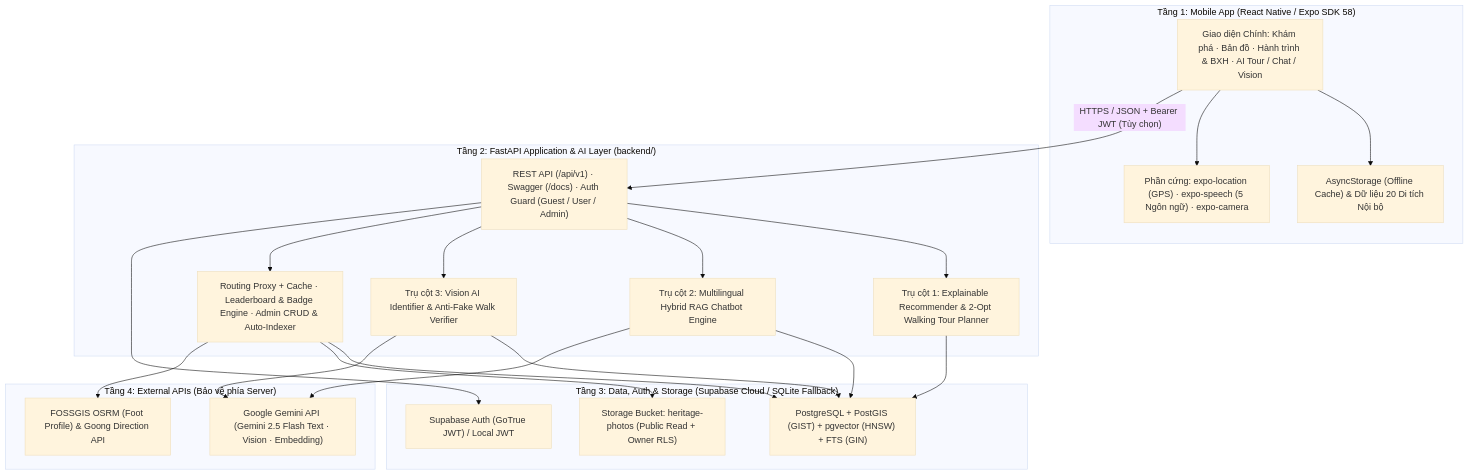
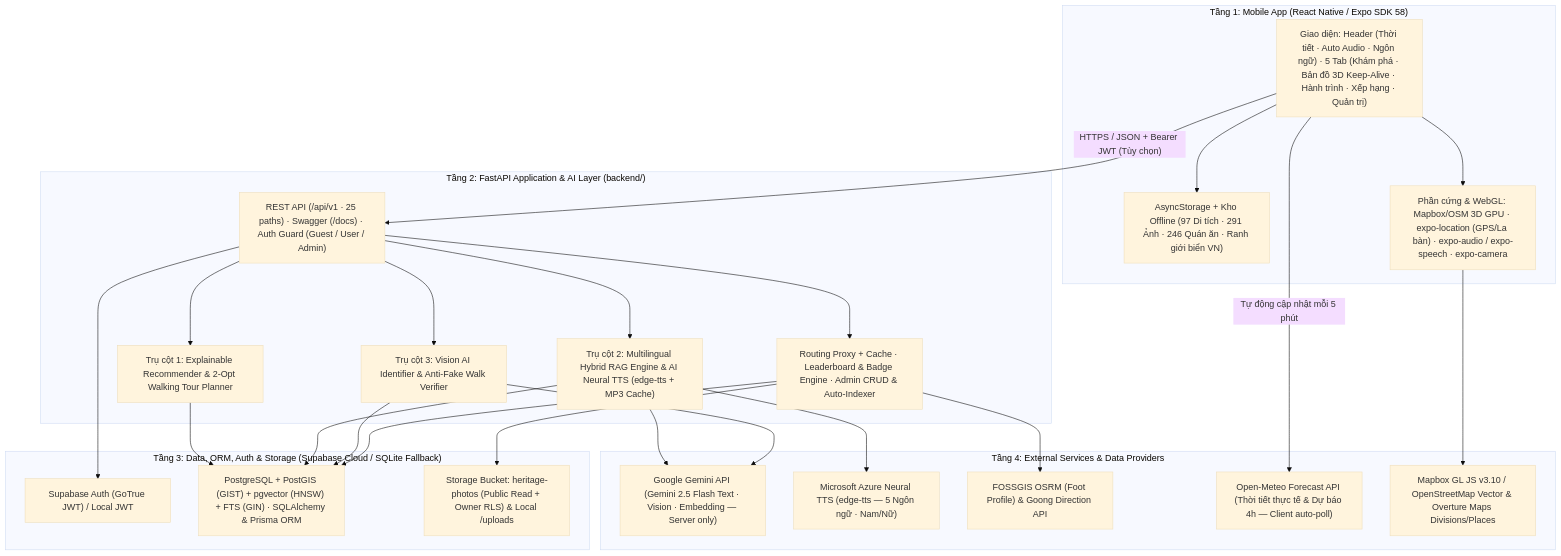
One commit to MinhPhatVilla/smart-heritage-guide changed the diagram in docs/architecture.md. Above: the diagram before and after it, drawn with Mermaid (base theme). The commit also changed other lines of this file and 5 other files, not shown here.

Commit message:
docs: sync all 6 markdown docs with latest 97-site, 3D WebGL map, Neural TTS, Weather, Prisma & Admin features

````diff
--- a/docs/architecture.md
+++ b/docs/architecture.md
@@ -25,47 +27,53 @@
 ```mermaid
 flowchart TD
     subgraph Client["Tầng 1: Mobile App (React Native / Expo SDK 58)"]
-        M_UI["Giao diện Chính: Khám phá · Bản đồ · Hành trình & BXH · AI Tour / Chat / Vision"]
-        M_Offline["AsyncStorage (Offline Cache) & Dữ liệu 20 Di tích Nội bộ"]
-        M_Hardware["Phần cứng: expo-location (GPS) · expo-speech (5 Ngôn ngữ) · expo-camera"]
+        M_UI["Giao diện: Header (Thời tiết · Auto Audio · Ngôn ngữ) · 5 Tab (Khám phá · Bản đồ 3D Keep-Alive · Hành trình · Xếp hạng · Quản trị)"]
+        M_Offline["AsyncStorage + Kho Offline (97 Di tích · 291 Ảnh · 246 Quán ăn · Ranh giới biển VN)"]
+        M_Hardware["Phần cứng & WebGL: Mapbox/OSM 3D GPU · expo-location (GPS/La bàn) · expo-audio / expo-speech · expo-camera"]
     end
 
     subgraph Backend["Tầng 2: FastAPI Application & AI Layer (backend/)"]
-        B_Gateway["REST API (/api/v1) · Swagger (/docs) · Auth Guard (Guest / User / Admin)"]
+        B_Gateway["REST API (/api/v1 · 25 paths) · Swagger (/docs) · Auth Guard (Guest / User / Admin)"]
         B_Pillar1["Trụ cột 1: Explainable Recommender & 2-Opt Walking Tour Planner"]
-        B_Pillar2["Trụ cột 2: Multilingual Hybrid RAG Chatbot Engine"]
+        B_Pillar2["Trụ cột 2: Multilingual Hybrid RAG Engine & AI Neural TTS (edge-tts + MP3 Cache)"]
         B_Pillar3["Trụ cột 3: Vision AI Identifier & Anti-Fake Walk Verifier"]
         B_Support["Routing Proxy + Cache · Leaderboard & Badge Engine · Admin CRUD & Auto-Indexer"]
     end
 
-    subgraph CloudDB["Tầng 3: Data, Auth & Storage (Supabase Cloud / SQLite Fallback)"]
+    subgraph CloudDB["Tầng 3: Data, ORM, Auth & Storage (Supabase Cloud / SQLite Fallback)"]
         S_Auth["Supabase Auth (GoTrue JWT) / Local JWT"]
-        S_DB["PostgreSQL + PostGIS (GIST) + pgvector (HNSW) + FTS (GIN)"]
-        S_Storage["Storage Bucket: heritage-photos (Public Read + Owner RLS)"]
+        S_DB["PostgreSQL + PostGIS (GIST) + pgvector (HNSW) + FTS (GIN) · SQLAlchemy & Prisma ORM"]
+        S_Storage["Storage Bucket: heritage-photos (Public Read + Owner RLS) & Local /uploads"]
     end
 
-    subgraph External["Tầng 4: External APIs (Bảo vệ phía Server)"]
-        E_Gemini["Google Gemini API (Gemini 2.5 Flash Text · Vision · Embedding)"]
+    subgraph External["Tầng 4: External Services & Data Providers"]
+        E_Gemini["Google Gemini API (Gemini 2.5 Flash Text · Vision · Embedding — Server only)"]
+        E_TTS["Microsoft Azure Neural TTS (edge-tts — 5 Ngôn ngữ · Nam/Nữ)"]
         E_Routing["FOSSGIS OSRM (Foot Profile) & Goong Direction API"]
+        E_Weather["Open-Meteo Forecast API (Thời tiết thực tế & Dự báo 4h — Client auto-poll)"]
+        E_Map["Mapbox GL JS v3.10 / OpenStreetMap Vector & Overture Maps Divisions/Places"]
     end
 
     M_UI --> M_Offline
     M_UI --> M_Hardware
     M_UI -->|"HTTPS / JSON + Bearer JWT (Tùy chọn)"| B_Gateway
+    M_UI -->|"Tự động cập nhật mỗi 5 phút"| E_Weather
+    M_Hardware --> E_Map
 
     B_Gateway --> B_Pillar1
     B_Gateway --> B_Pillar2
     B_Gateway --> B_Pillar3
     B_Gateway --> B_Support
 
     B_Gateway --> S_Auth
     B_Pillar1 --> S_DB
     B_Pillar2 --> S_DB
     B_Pillar3 --> S_DB
     B_Support --> S_DB
     B_Support --> S_Storage
 
     B_Pillar2 --> E_Gemini
+    B_Pillar2 --> E_TTS
     B_Pillar3 --> E_Gemini
     B_Support --> E_Routing
 ```
````
